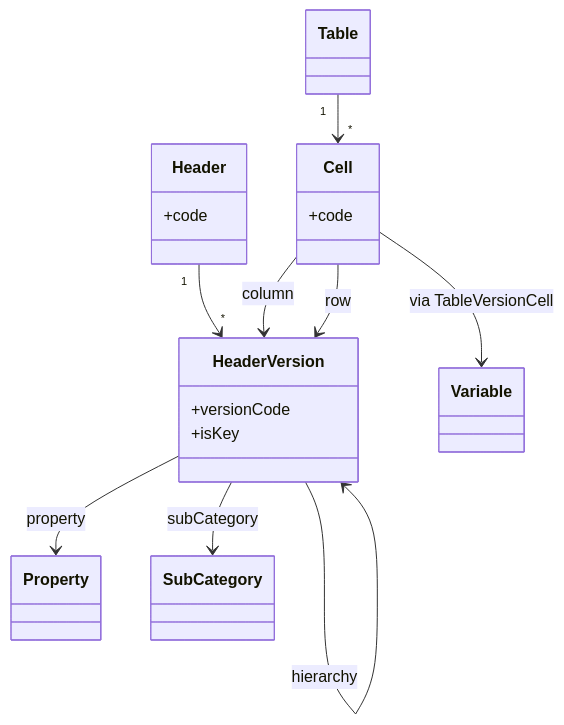
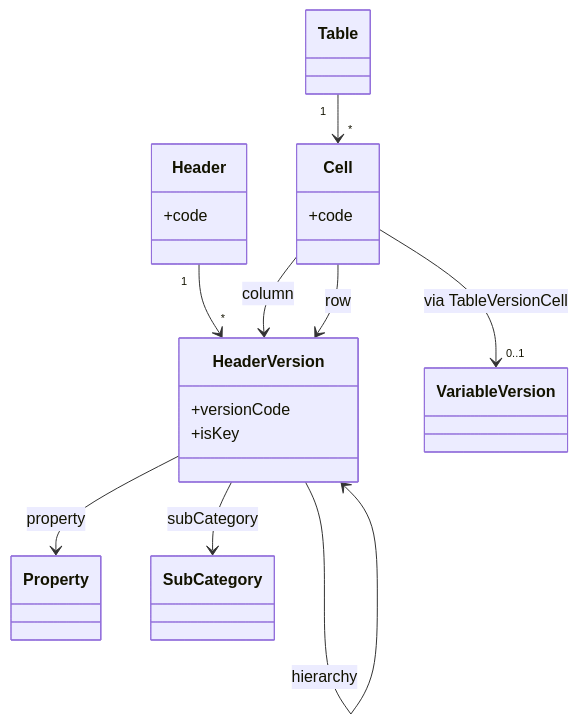
Before and after one commit to sdmx-twg/wp-sdmx-dpm: the ninth of 10 diagrams in docs/models-relationships/03_other_artifacts/01_other_artifacts_overview.md, drawn with Mermaid. The commit also changed other lines of this file and 1 other file, not shown here.

Commit message:
docs: clarify Cell → VariableVersion link is optional via TableVersionCell
The Cell → VariableVersion link is absent when TableVersionCell.IsVoid=TRUE
(illogical header intersection). Updated text and diagrams to show the
0..1 optionality and corrected the diagram entity name from Variable to
VariableVersion.

The Cell → Property link (the original concern at the referenced lines)
was already corrected in the issue #88 fix.

Addresses #92

````diff
--- a/docs/models-relationships/03_other_artifacts/01_other_artifacts_overview.md
+++ b/docs/models-relationships/03_other_artifacts/01_other_artifacts_overview.md
@@ -240,21 +240,21 @@
 ```mermaid
 classDiagram
     class Header {
       +code
     }
     class HeaderVersion {
       +versionCode
       +isKey
     }
     class Cell {
       +code
     }
     Header "1" --> "*" HeaderVersion
     HeaderVersion --> HeaderVersion : hierarchy
     HeaderVersion --> Property : property
     HeaderVersion --> SubCategory : subCategory
     Table "1" --> "*" Cell
     Cell --> HeaderVersion : column
     Cell --> HeaderVersion : row
-    Cell --> Variable : via TableVersionCell
+    Cell --> "0..1" VariableVersion : via TableVersionCell
 ```
````
